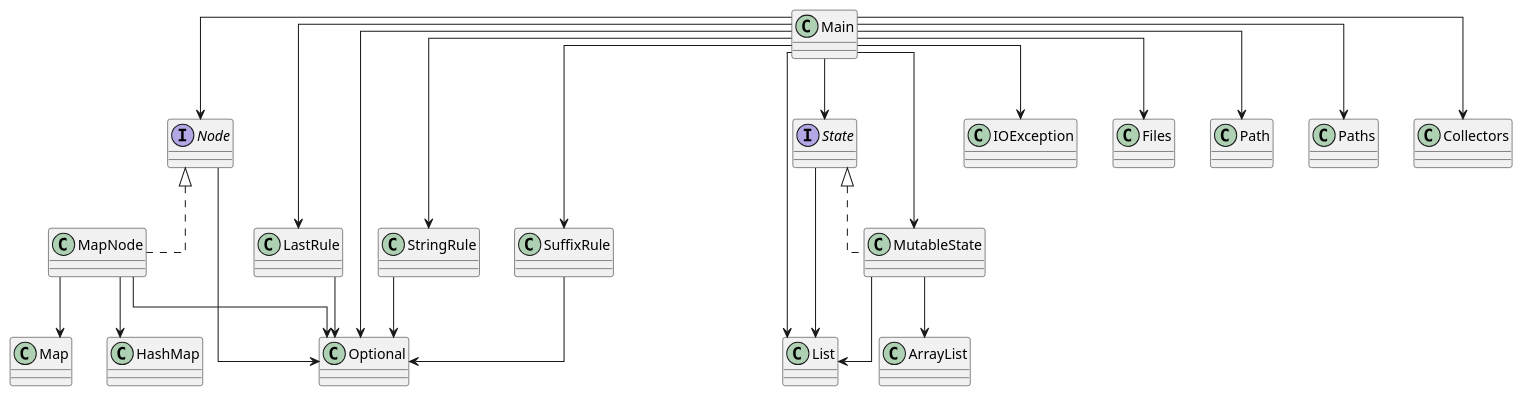
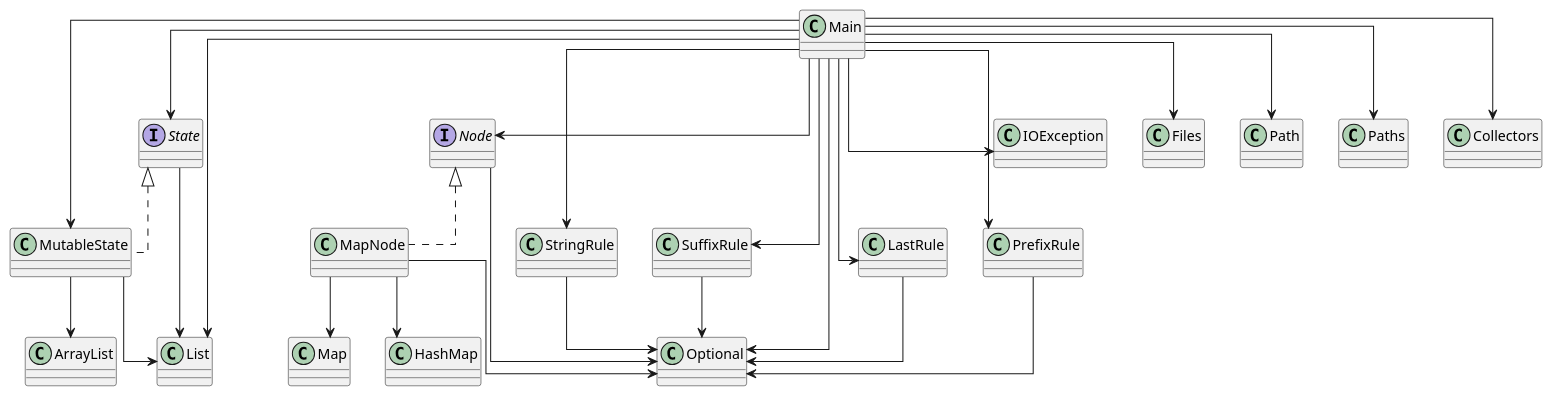
Before and after one commit to SirMathhman/Magma: the diagram in diagram.puml, drawn with PlantUML. The commit also changed 2 other files, not shown here.

Commit message:
PrefixRule

```diff
--- a/diagram.puml
+++ b/diagram.puml
@@ -1,39 +1,42 @@
 @startuml
 skinparam linetype ortho
 class Node
 Node --> Optional
 interface Node
 class MutableState
 MutableState --> ArrayList
 MutableState --> List
 class MutableState implements State
 class Main
 Main --> LastRule
 Main --> MutableState
 Main --> Node
+Main --> PrefixRule
 Main --> State
 Main --> StringRule
 Main --> SuffixRule
 Main --> IOException
 Main --> Files
 Main --> Path
 Main --> Paths
 Main --> List
 Main --> Optional
 Main --> Collectors
 class Main
 class StringRule
 StringRule --> Optional
 class LastRule
 LastRule --> Optional
 class MapNode
 MapNode --> HashMap
 MapNode --> Map
 MapNode --> Optional
 class MapNode implements Node
+class PrefixRule
+PrefixRule --> Optional
 class SuffixRule
 SuffixRule --> Optional
 class State
 State --> List
 interface State
 @enduml
```
